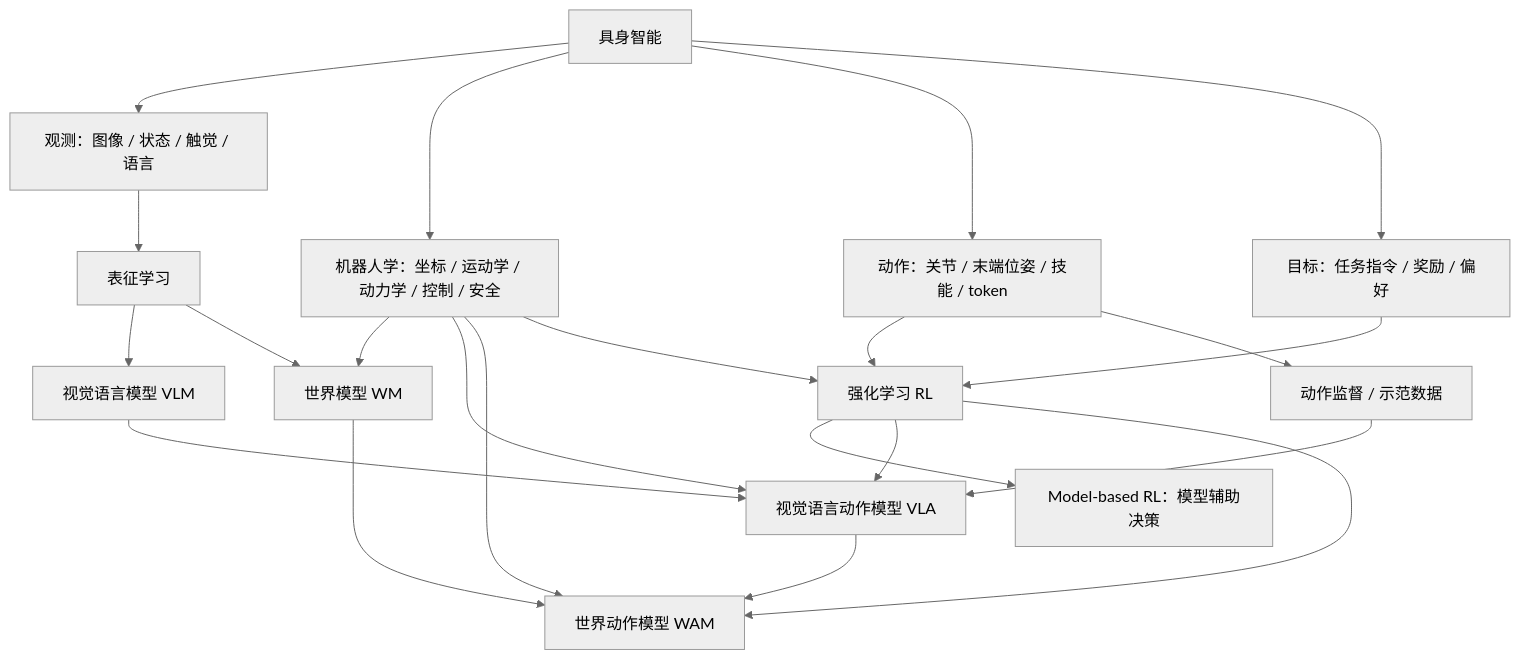
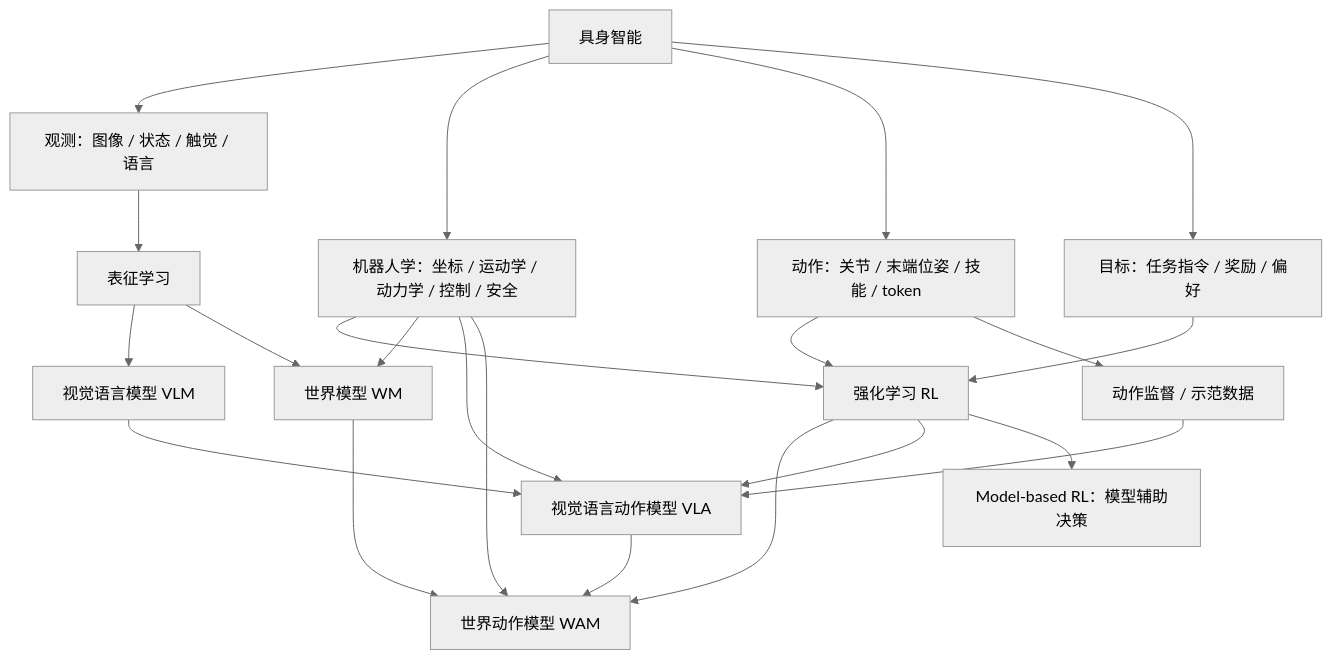
Before and after one commit to Faraday-2024/Embodied-AI-Start: the second of 8 diagrams in docs/knowledge-map.md, drawn with Mermaid (neutral theme).

````diff
--- a/docs/knowledge-map.md
+++ b/docs/knowledge-map.md
@@ -27,14 +27,14 @@
 ```mermaid
 flowchart TD
     ROOT["具身智能"] --> OBS["观测：图像 / 状态 / 触觉 / 语言"] & ROB["机器人学：坐标 / 运动学 / 动力学 / 控制 / 安全"] & ACT["动作：关节 / 末端位姿 / 技能 / token"] & OBJ["目标：任务指令 / 奖励 / 偏好"]
     OBS --> REP["表征学习"]
     REP --> VLM["视觉语言模型 VLM"] & WM["世界模型 WM"]
-    VLM --> VLA["视觉语言动作模型 VLA"]
-    WM --> WAM["世界动作模型 WAM"]
+    ROB --> RL["强化学习 RL"] & WM & VLA["视觉语言动作模型 VLA"] & WAM["世界动作模型 WAM"]
+    ACT --> RL & SUP["动作监督 / 示范数据"]
+    OBJ --> RL
+    RL --> WAM & VLA & MBRL["Model-based RL：模型辅助决策"]
+    VLM --> VLA
+    WM --> WAM
+    SUP --> VLA
     VLA --> WAM
-    ACT --> RL["强化学习 RL"] & SUP["动作监督 / 示范数据"]
-    OBJ --> RL
-    RL --> MBRL["Model-based RL：模型辅助决策"] & VLA & WAM
-    SUP --> VLA
-    ROB --> WM & VLA & WAM & RL
 ```
````
